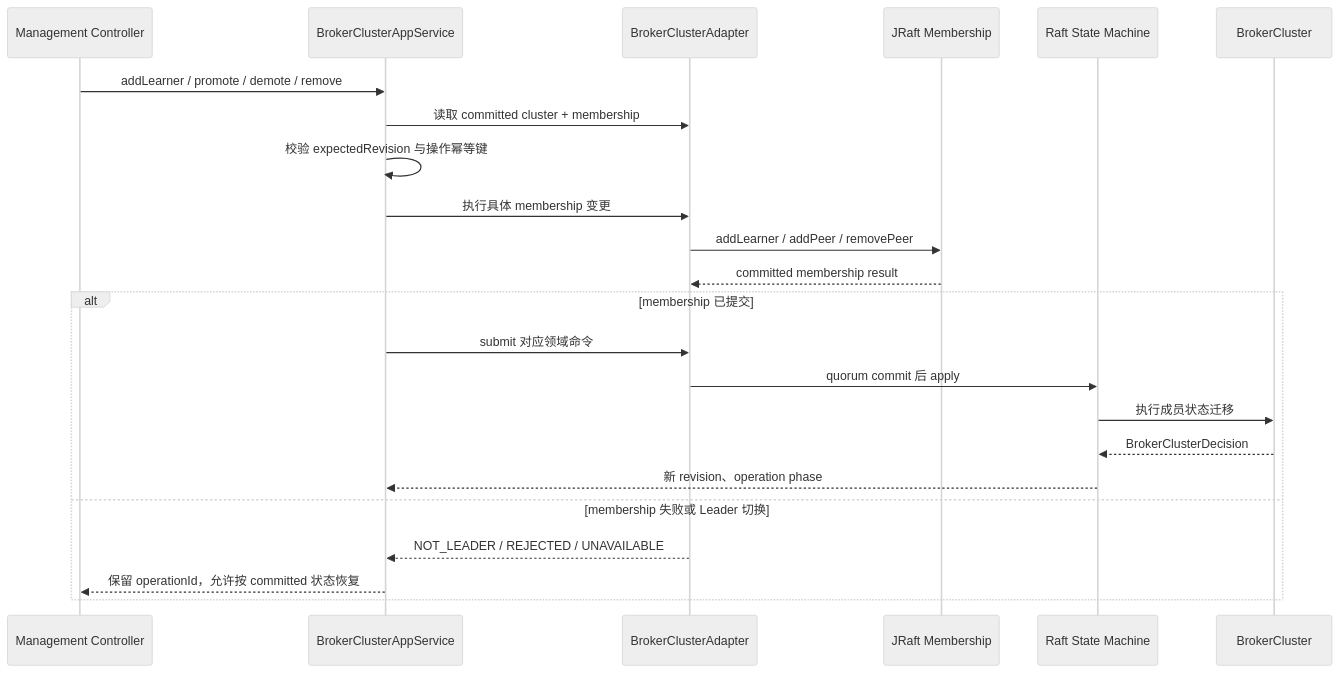
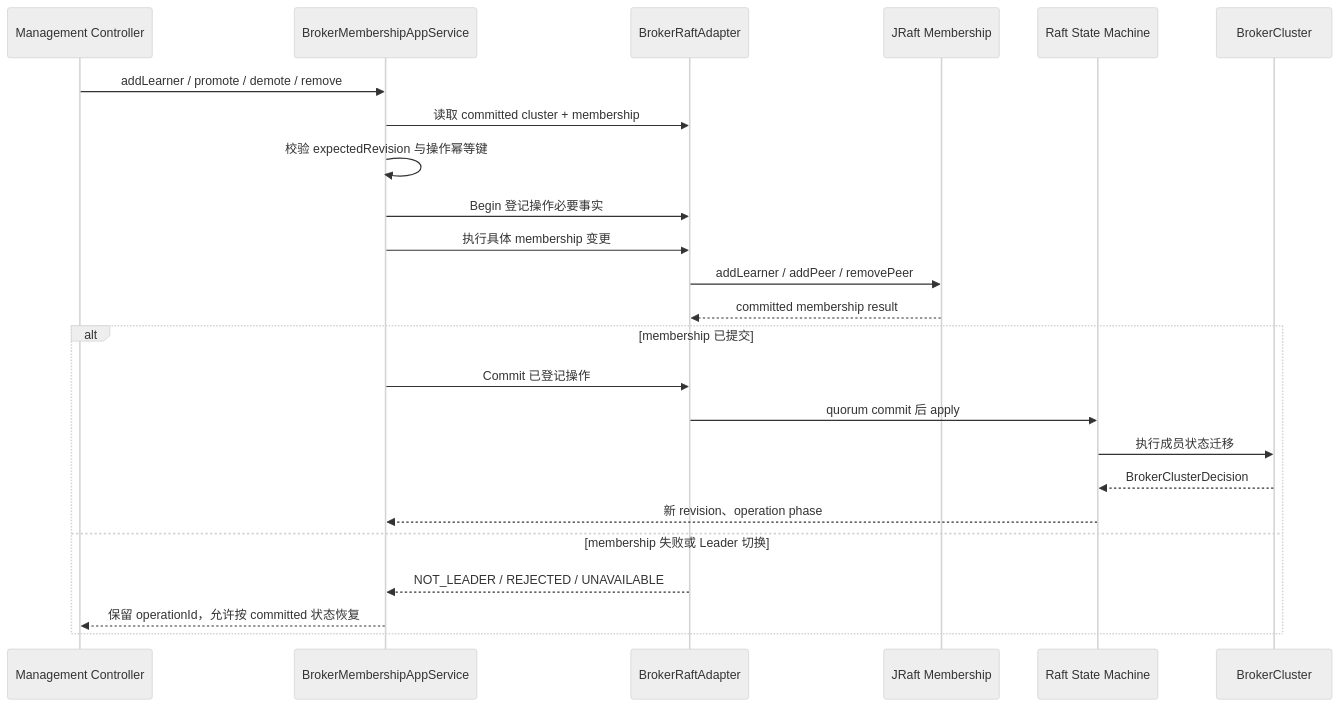
One commit to kc-co9/im-chat changed the seventh of 18 diagrams in im-broker/ARCHITECTURE.md. Above: the diagram before and after it, drawn with Mermaid (neutral theme). The commit also changed other lines of this file and 548 other files, not shown here.

````diff
--- a/im-broker/ARCHITECTURE.md
+++ b/im-broker/ARCHITECTURE.md
@@ -326,26 +377,27 @@
 ```mermaid
 sequenceDiagram
     participant API as Management Controller
-    participant App as BrokerClusterAppService
-    participant Repository as BrokerClusterAdapter
+    participant App as BrokerMembershipAppService
+    participant Repository as BrokerRaftAdapter
     participant Membership as JRaft Membership
     participant SM as Raft State Machine
     participant Cluster as BrokerCluster
 
     API->>App: addLearner / promote / demote / remove
     App->>Repository: 读取 committed cluster + membership
     App->>App: 校验 expectedRevision 与操作幂等键
+    App->>Repository: Begin 登记操作必要事实
     App->>Repository: 执行具体 membership 变更
     Repository->>Membership: addLearner / addPeer / removePeer
     Membership-->>Repository: committed membership result
     alt membership 已提交
-        App->>Repository: submit 对应领域命令
+        App->>Repository: Commit 已登记操作
         Repository->>SM: quorum commit 后 apply
         SM->>Cluster: 执行成员状态迁移
         Cluster-->>SM: BrokerClusterDecision
         SM-->>App: 新 revision、operation phase
     else membership 失败或 Leader 切换
         Repository-->>App: NOT_LEADER / REJECTED / UNAVAILABLE
         App-->>API: 保留 operationId，允许按 committed 状态恢复
     end
 ```
````
